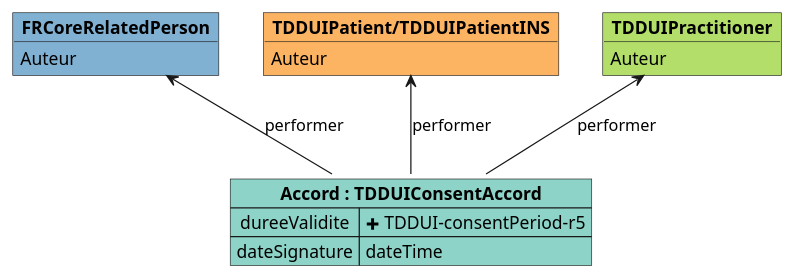
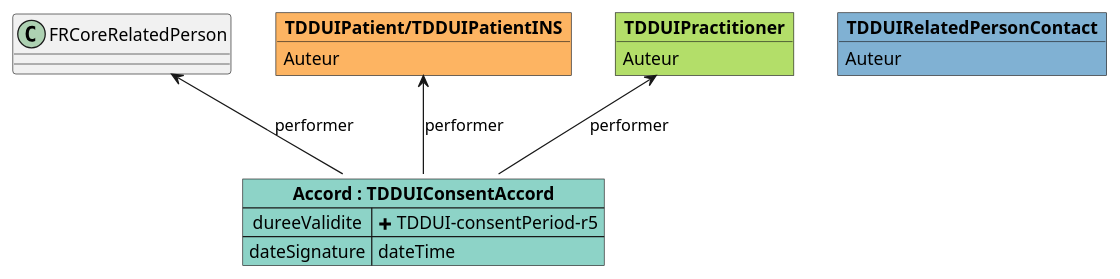
One commit to ansforge/IG-fhir-medicosocial-transfert-donnees-dui changed the diagram in input/images-source/mapping_TDDUIConsentAccord.plantuml. Above: the diagram before and after it, drawn with PlantUML. The commit also changed 12 other files, not shown here.

Commit message:
TDDUIRelatedPerson

```diff
--- a/input/images-source/mapping_TDDUIConsentAccord.plantuml
+++ b/input/images-source/mapping_TDDUIConsentAccord.plantuml
@@ -1,24 +1,24 @@
 @startuml
 
 object "**TDDUIPractitioner**" as TDDUIPractitioner #b3de69 {
     Auteur
 }
 
 object "**TDDUIPatient/TDDUIPatientINS**" as TDDUIPatient_subject #fdb462 {
     Auteur
 }
 
-object "**FRCoreRelatedPerson**" as FRCoreRelatedPerson #80b1d3 {
+object "**TDDUIRelatedPersonContact**" as TDDUIRelatedPersonContact #80b1d3 {
     Auteur
 }
 
 map "**Accord : TDDUIConsentAccord**" as Accord #8dd3c7 {
     dureeValidite => <&plus> TDDUI-consentPeriod-r5
     dateSignature => dateTime
 }
 
 Accord -u-> TDDUIPractitioner : performer
 Accord -u-> TDDUIPatient_subject : performer
 Accord -u-> FRCoreRelatedPerson : performer
 
 @enduml
```
